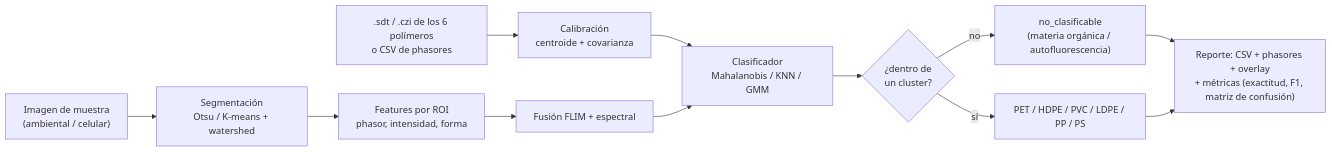
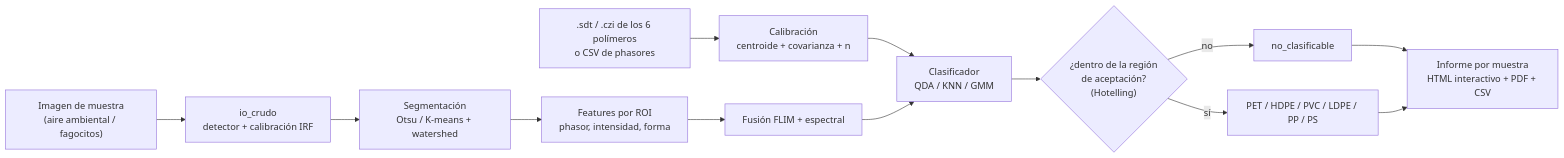
Before and after one commit to MatiasRiosMR/automatizacion-microplasticos: the diagram in README.md, drawn with Mermaid. The commit also changed other lines of this file and 9 other files, not shown here.

````diff
--- a/README.md
+++ b/README.md
@@ -103,14 +195,15 @@
 ```mermaid
 flowchart LR
-    C[".sdt / .czi de los 6 polímeros<br/>o CSV de phasores"] --> CAL["Calibración<br/>centroide + covarianza"]
-    M["Imagen de muestra<br/>(ambiental / celular)"] --> SEG["Segmentación<br/>Otsu / K-means + watershed"]
+    C[".sdt / .czi de los 6 polímeros<br/>o CSV de phasores"] --> CAL["Calibración<br/>centroide + covarianza + n"]
+    M["Imagen de muestra<br/>(aire ambiental / fagocitos)"] --> IO["io_crudo<br/>detector + calibración IRF"]
+    IO --> SEG["Segmentación<br/>Otsu / K-means + watershed"]
     SEG --> FEAT["Features por ROI<br/>phasor, intensidad, forma"]
     FEAT --> FUS["Fusión FLIM + espectral"]
-    CAL --> CLF["Clasificador<br/>Mahalanobis / KNN / GMM"]
+    CAL --> CLF["Clasificador<br/>QDA / KNN / GMM"]
     FUS --> CLF
-    CLF --> R{"¿dentro de<br/>un cluster?"}
-    R -- no --> NC["no_clasificable<br/>(materia orgánica / autofluorescencia)"]
+    CLF --> R{"¿dentro de la región<br/>de aceptación?<br/>(Hotelling)"}
+    R -- no --> NC["no_clasificable"]
     R -- sí --> P["PET / HDPE / PVC / LDPE / PP / PS"]
-    NC --> REP["Reporte: CSV + phasores + overlay<br/>+ métricas (exactitud, F1, matriz de confusión)"]
+    NC --> REP["Informe por muestra<br/>HTML interactivo + PDF + CSV"]
     P --> REP
 ```
````
